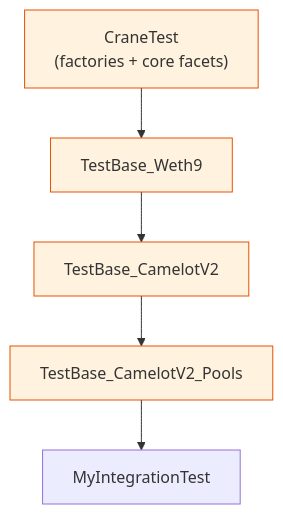
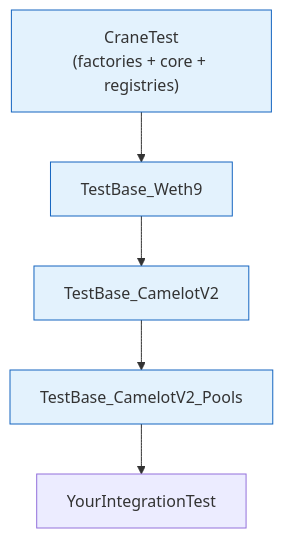
One commit to cyotee/crane changed the diagram in docs/development/testing.md. Above: the diagram before and after it, drawn with Mermaid. The commit also changed other lines of this file and 22255 other files, not shown here.

````diff
--- a/docs/development/testing.md
+++ b/docs/development/testing.md
@@ -18,11 +92,11 @@
 ```mermaid
 flowchart TB
-    CraneTest["CraneTest<br/>(factories + core facets)"]
+    CraneTest["CraneTest<br/>(factories + core + registries)"]
     CraneTest --> Weth["TestBase_Weth9"]
     Weth --> Camelot["TestBase_CamelotV2"]
     Camelot --> Pools["TestBase_CamelotV2_Pools"]
-    Pools --> YourTest["MyIntegrationTest"]
+    Pools --> Your["YourIntegrationTest"]
 
-    classDef base fill:#fff3e0,stroke:#e65100
+    classDef base fill:#e3f2fd,stroke:#1565c0
     class CraneTest,Weth,Camelot,Pools base
 ```
````
